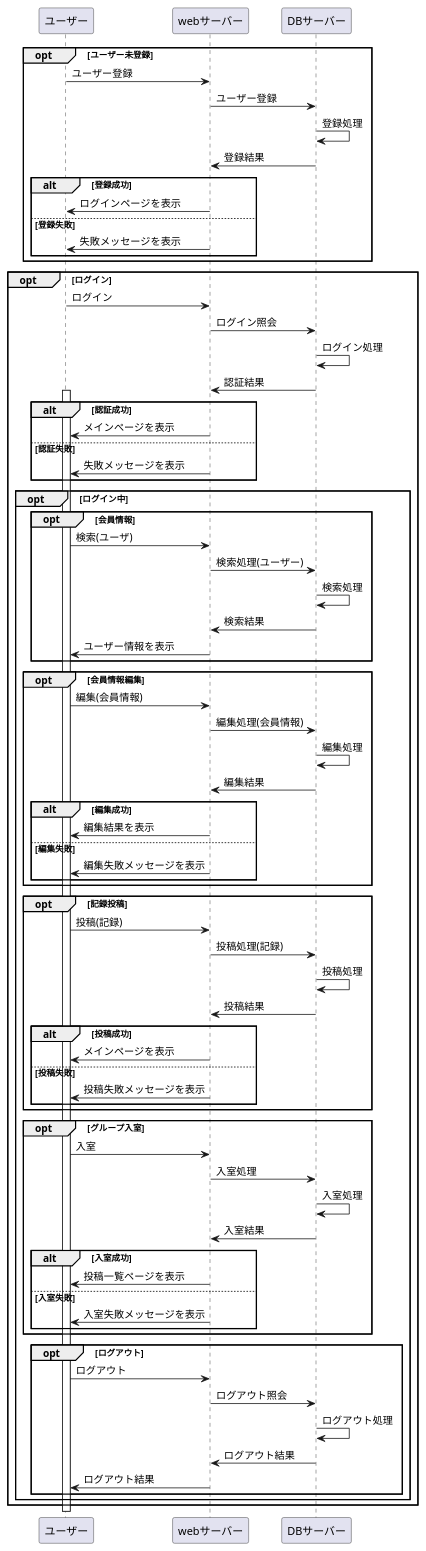
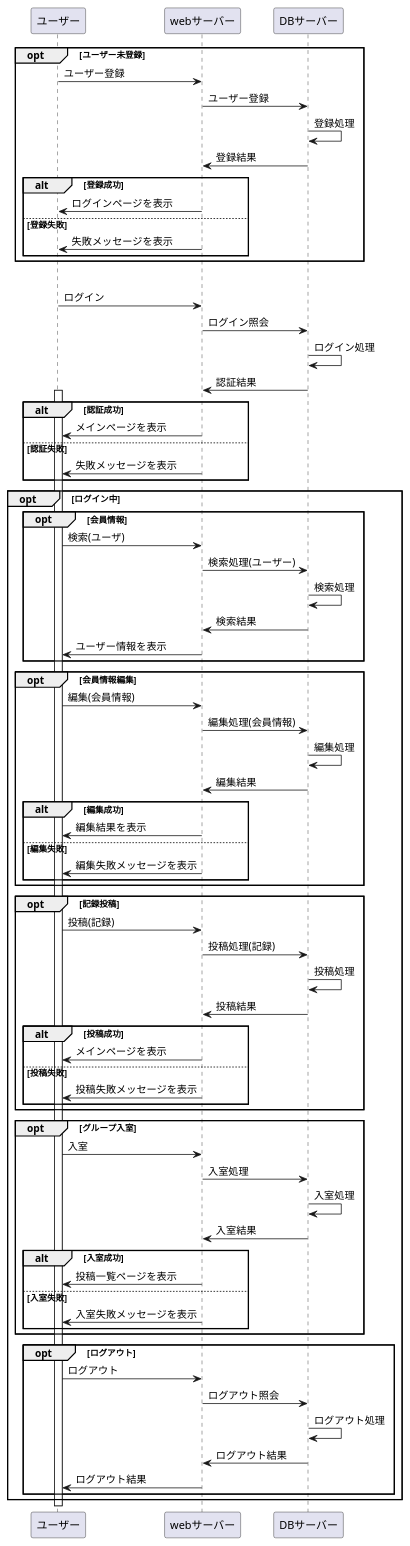
Before and after one commit to Aso2001031/System4_ver2.0: the diagram in 02_業務フロー/業務フロー.md, drawn with PlantUML.

````diff
--- a/02_業務フロー/業務フロー.md
+++ b/02_業務フロー/業務フロー.md
@@ -83,7 +83,5 @@
 
 end
 
-end
-
 @enduml
 ```
````
